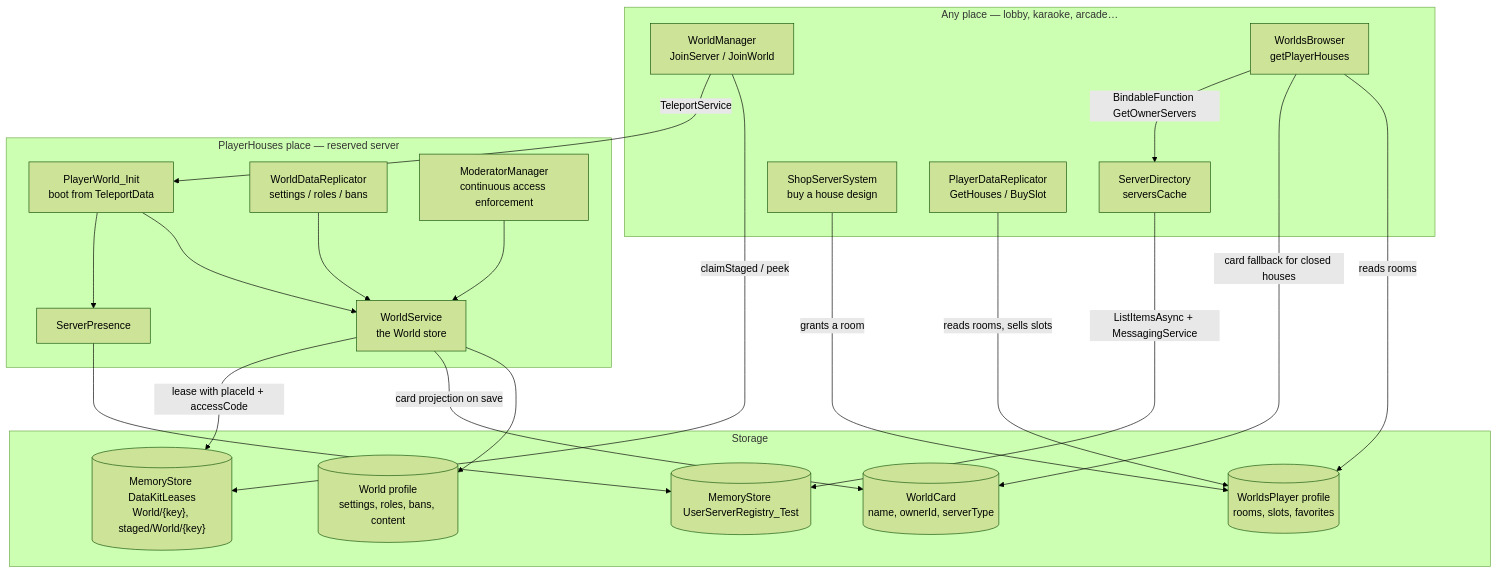
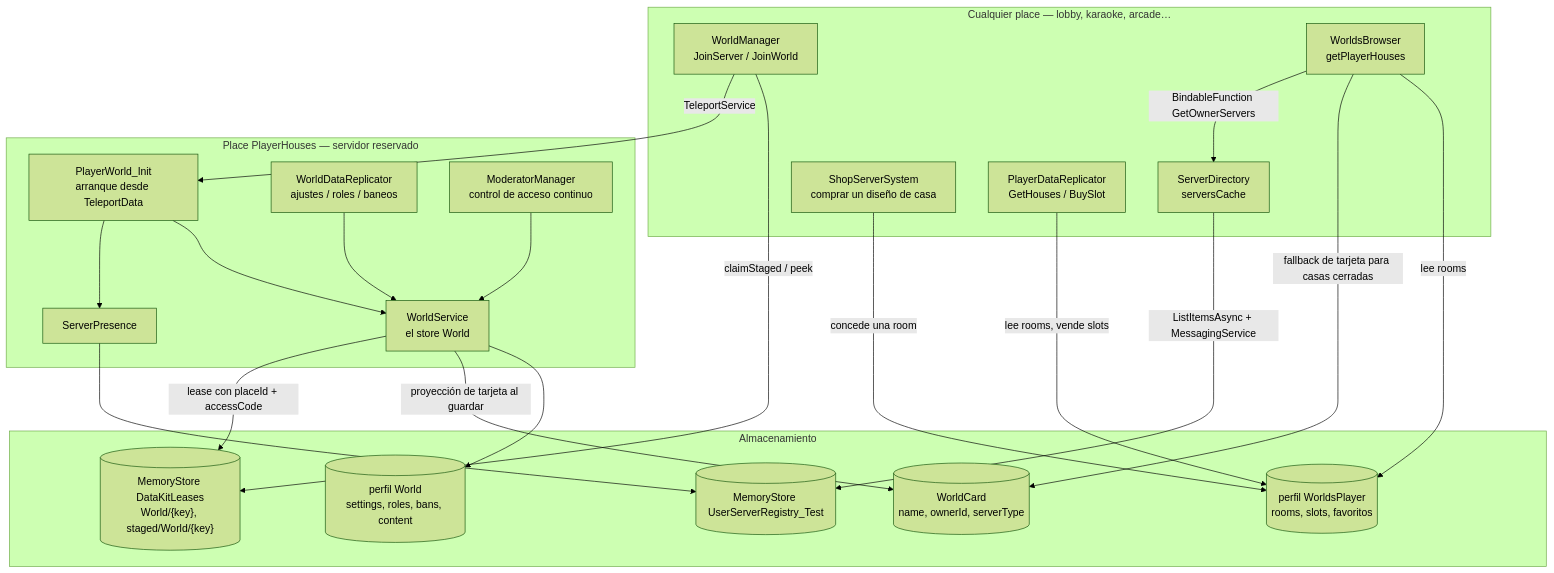
The diagram in docs/systems/housing/overview.md (Arclyne/voz-hispana), drawn with Mermaid (forest theme) before and after one commit. The commit also changed other lines of this file and 6 other files, not shown here.

````diff
--- a/docs/systems/housing/overview.md
+++ b/docs/systems/housing/overview.md
@@ -57,45 +58,45 @@
 ```mermaid
 flowchart TB
-    subgraph LOBBY["Any place — lobby, karaoke, arcade…"]
+    subgraph LOBBY["Cualquier place — lobby, karaoke, arcade…"]
         WM["WorldManager<br/>JoinServer / JoinWorld"]
         SD["ServerDirectory<br/>serversCache"]
         WB["WorldsBrowser<br/>getPlayerHouses"]
-        SS["ShopServerSystem<br/>buy a house design"]
+        SS["ShopServerSystem<br/>comprar un diseño de casa"]
         PDR["PlayerDataReplicator<br/>GetHouses / BuySlot"]
     end
 
-    subgraph HOUSE["PlayerHouses place — reserved server"]
-        PWI["PlayerWorld_Init<br/>boot from TeleportData"]
-        WSV["WorldService<br/>the World store"]
-        WDR["WorldDataReplicator<br/>settings / roles / bans"]
-        MM["ModeratorManager<br/>continuous access enforcement"]
+    subgraph HOUSE["Place PlayerHouses — servidor reservado"]
+        PWI["PlayerWorld_Init<br/>arranque desde TeleportData"]
+        WSV["WorldService<br/>el store World"]
+        WDR["WorldDataReplicator<br/>ajustes / roles / baneos"]
+        MM["ModeratorManager<br/>control de acceso continuo"]
         SP2["ServerPresence"]
     end
 
-    subgraph STORE["Storage"]
-        WP[("WorldsPlayer profile<br/>rooms, slots, favorites")]
-        WD[("World profile<br/>settings, roles, bans, content")]
+    subgraph STORE["Almacenamiento"]
+        WP[("perfil WorldsPlayer<br/>rooms, slots, favoritos")]
+        WD[("perfil World<br/>settings, roles, bans, content")]
         WC[("WorldCard<br/>name, ownerId, serverType")]
         LEASE[("MemoryStore DataKitLeases<br/>World/{key}, staged/World/{key}")]
         REG[("MemoryStore UserServerRegistry_Test")]
     end
 
-    SS -->|"grants a room"| WP
-    PDR -->|"reads rooms, sells slots"| WP
-    WB -->|"reads rooms"| WP
-    WB -->|"card fallback for closed houses"| WC
+    SS -->|"concede una room"| WP
+    PDR -->|"lee rooms, vende slots"| WP
+    WB -->|"lee rooms"| WP
+    WB -->|"fallback de tarjeta para casas cerradas"| WC
     WB -->|"BindableFunction GetOwnerServers"| SD
     SD -->|"ListItemsAsync + MessagingService"| REG
 
     WM -->|"claimStaged / peek"| LEASE
     WM -->|"TeleportService"| PWI
 
     PWI --> WSV
     WSV --> WD
-    WSV -->|"card projection on save"| WC
-    WSV -->|"lease with placeId + accessCode"| LEASE
+    WSV -->|"proyección de tarjeta al guardar"| WC
+    WSV -->|"lease con placeId + accessCode"| LEASE
     PWI --> SP2
     SP2 --> REG
     WDR --> WSV
     MM --> WSV
 ```
````
